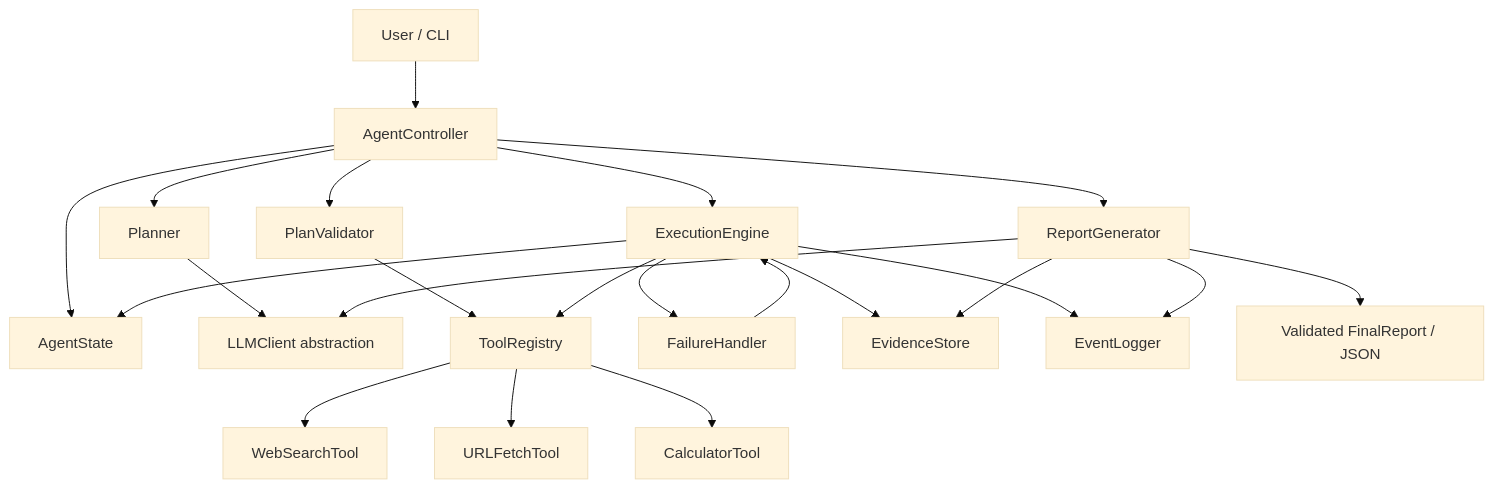
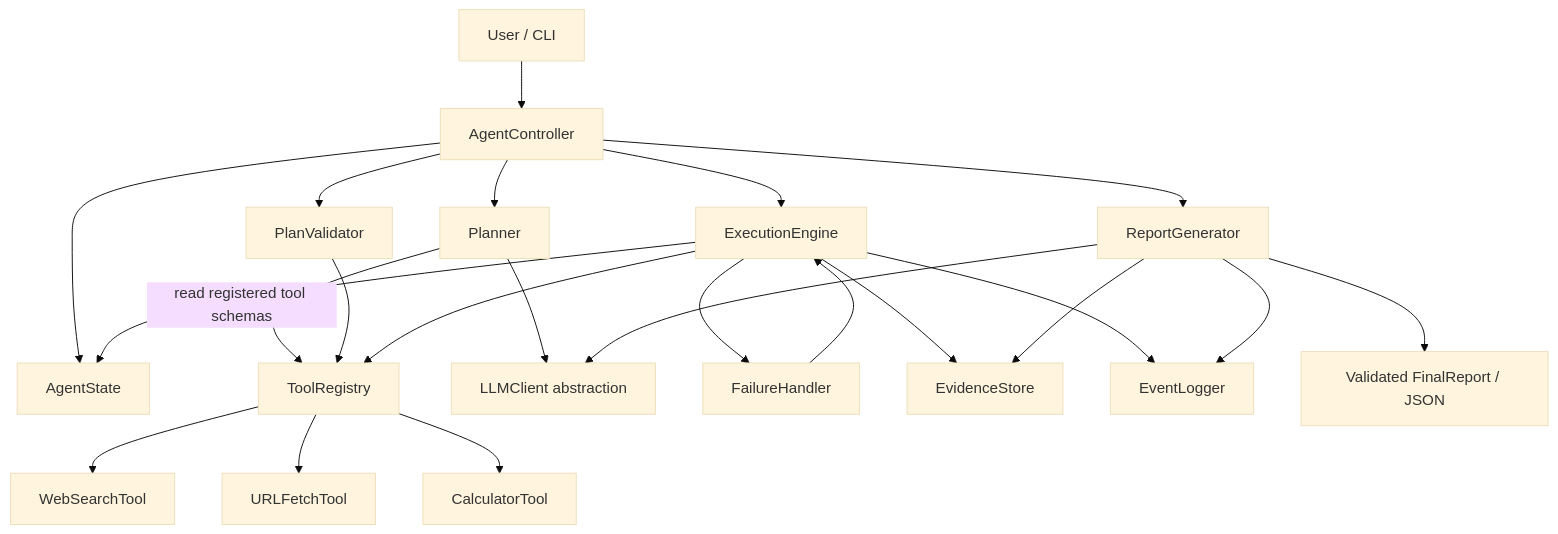
The first of 2 diagrams in ARCHITECTURE.md (brajeshkumar7/agentic-GitHub-reviewer), drawn with Mermaid (base theme) before and after one commit. The commit also changed other lines of this file and 9 other files, not shown here.

````diff
--- a/ARCHITECTURE.md
+++ b/ARCHITECTURE.md
@@ -39,24 +39,25 @@
 ```mermaid
 flowchart TB
     User[User / CLI] --> Controller[AgentController]
     Controller --> State[AgentState]
     Controller --> Planner[Planner]
+    Planner -->|read registered tool schemas| Registry[ToolRegistry]
     Planner --> LLM[LLMClient abstraction]
     Controller --> Validator[PlanValidator]
     Validator --> Registry[ToolRegistry]
     Controller --> Engine[ExecutionEngine]
     Engine --> State
     Engine --> Registry
     Registry --> Search[WebSearchTool]
     Registry --> Fetch[URLFetchTool]
     Registry --> Calc[CalculatorTool]
     Engine --> Handler[FailureHandler]
     Handler --> Engine
     Engine --> Evidence[EvidenceStore]
     Engine --> Events[EventLogger]
     Controller --> Report[ReportGenerator]
     Report --> Evidence
     Report --> LLM
     Report --> Events
     Report --> Output[Validated FinalReport / JSON]
 ```
````
